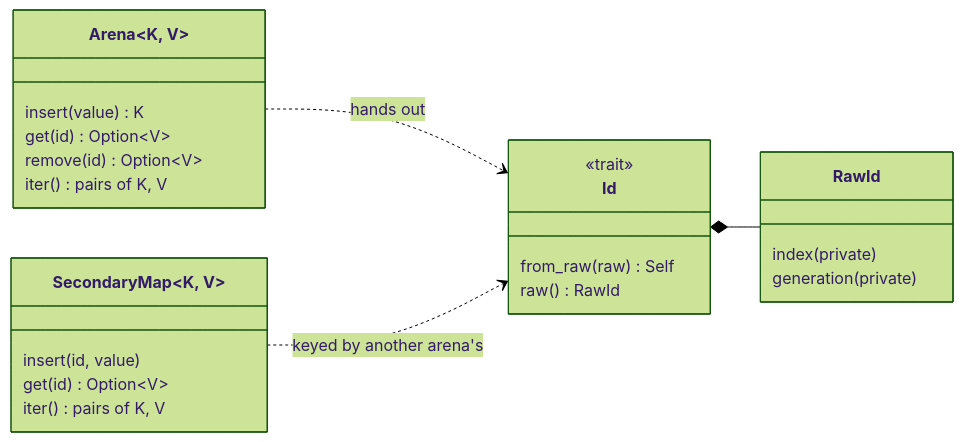
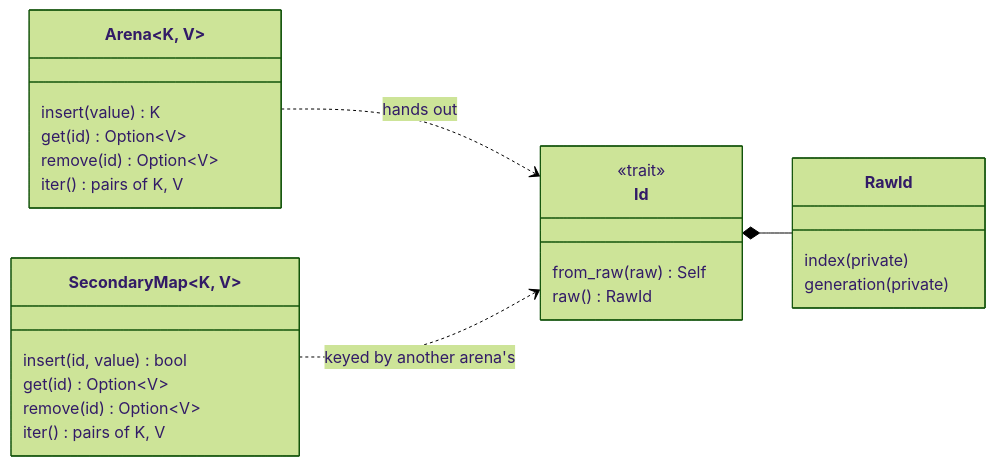
The second of 6 diagrams in ARCHITECTURE.md (fterrier/flightsim), drawn with Mermaid (forest theme) before and after one commit. The commit also changed other lines of this file and 19 other files, not shown here.

````diff
--- a/ARCHITECTURE.md
+++ b/ARCHITECTURE.md
@@ -63,27 +66,28 @@
 ```mermaid
 classDiagram
     direction LR
     class Arena~K, V~ {
         insert(value) K
         get(id) Option~V~
         remove(id) Option~V~
         iter() pairs of K, V
     }
     class SecondaryMap~K, V~ {
-        insert(id, value)
+        insert(id, value) bool
         get(id) Option~V~
+        remove(id) Option~V~
         iter() pairs of K, V
     }
     class Id {
         <<trait>>
         from_raw(raw) Self
         raw() RawId
     }
     class RawId {
         index (private)
         generation (private)
     }
     Arena ..> Id : hands out
     SecondaryMap ..> Id : keyed by another arena's
     Id *-- RawId
 ```
````
